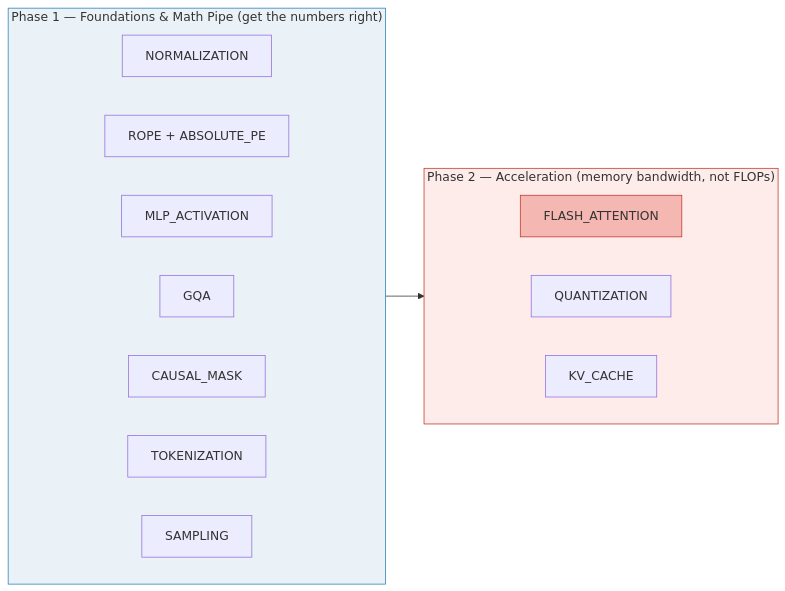
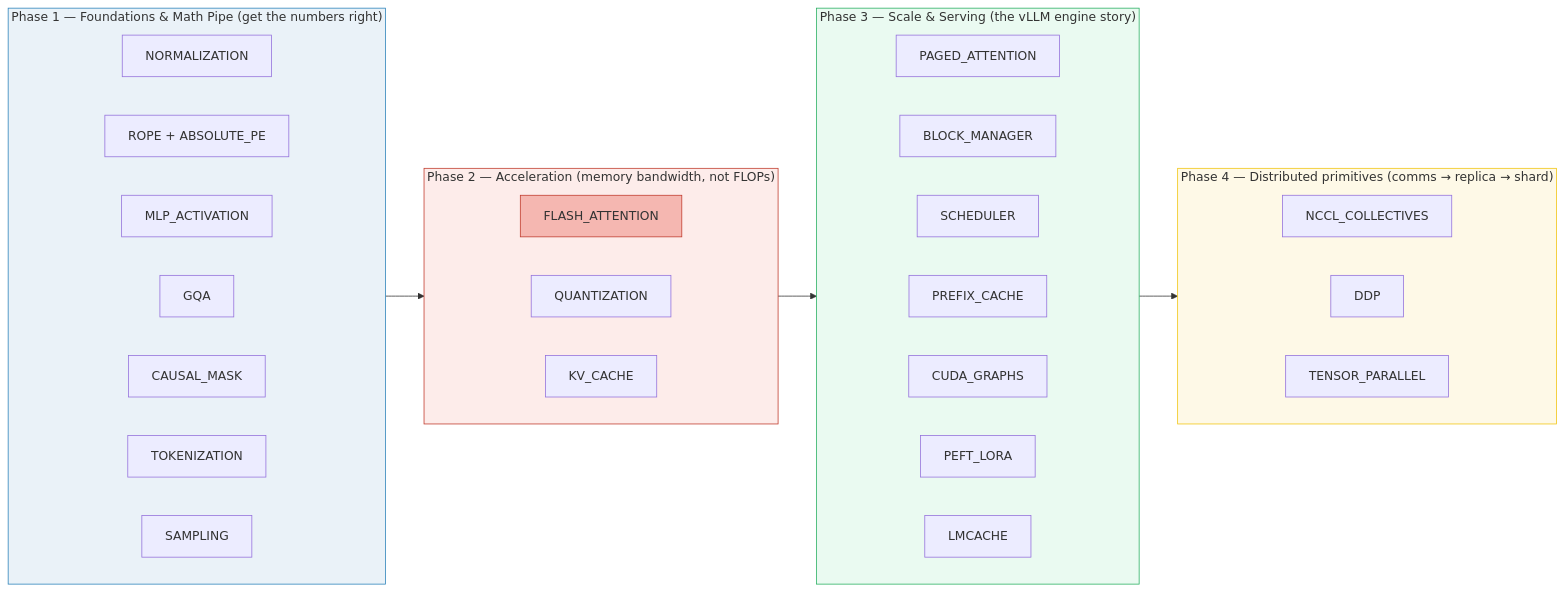
Before and after one commit to quanhua92/tutorials: the first of 2 diagrams in llm/README.md, drawn with Mermaid. The commit also changed other lines of this file and 41 other files, not shown here.

````diff
--- a/llm/README.md
+++ b/llm/README.md
@@ -16,24 +16,44 @@
 ```mermaid
 graph LR
     subgraph p1["Phase 1 — Foundations & Math Pipe (get the numbers right)"]
         direction LR
         N[NORMALIZATION]
         P[ROPE + ABSOLUTE_PE]
         M[MLP_ACTIVATION]
         G[GQA]
         C[CAUSAL_MASK]
         T[TOKENIZATION]
         S[SAMPLING]
     end
     subgraph p2["Phase 2 — Acceleration (memory bandwidth, not FLOPs)"]
         direction LR
         F[FLASH_ATTENTION]
         Q[QUANTIZATION]
         K[KV_CACHE]
     end
+    subgraph p3["Phase 3 — Scale & Serving (the vLLM engine story)"]
+        direction LR
+        PA[PAGED_ATTENTION]
+        BM[BLOCK_MANAGER]
+        SCH[SCHEDULER]
+        PC[PREFIX_CACHE]
+        CG[CUDA_GRAPHS]
+        PL[PEFT_LORA]
+        LM[LMCACHE]
+    end
+    subgraph p4["Phase 4 — Distributed primitives (comms → replica → shard)"]
+        direction LR
+        NCCL[NCCL_COLLECTIVES]
+        DDP[DDP]
+        TP[TENSOR_PARALLEL]
+    end
     p1 --> p2
+    p2 --> p3
+    p3 --> p4
 
     style p1 fill:#eaf2f8,stroke:#2980b9
     style p2 fill:#fdecea,stroke:#c0392b
+    style p3 fill:#eafaf1,stroke:#27ae60
+    style p4 fill:#fef9e7,stroke:#f1c40f
     style F fill:#f5b7b1,stroke:#c0392b
 ```
````
